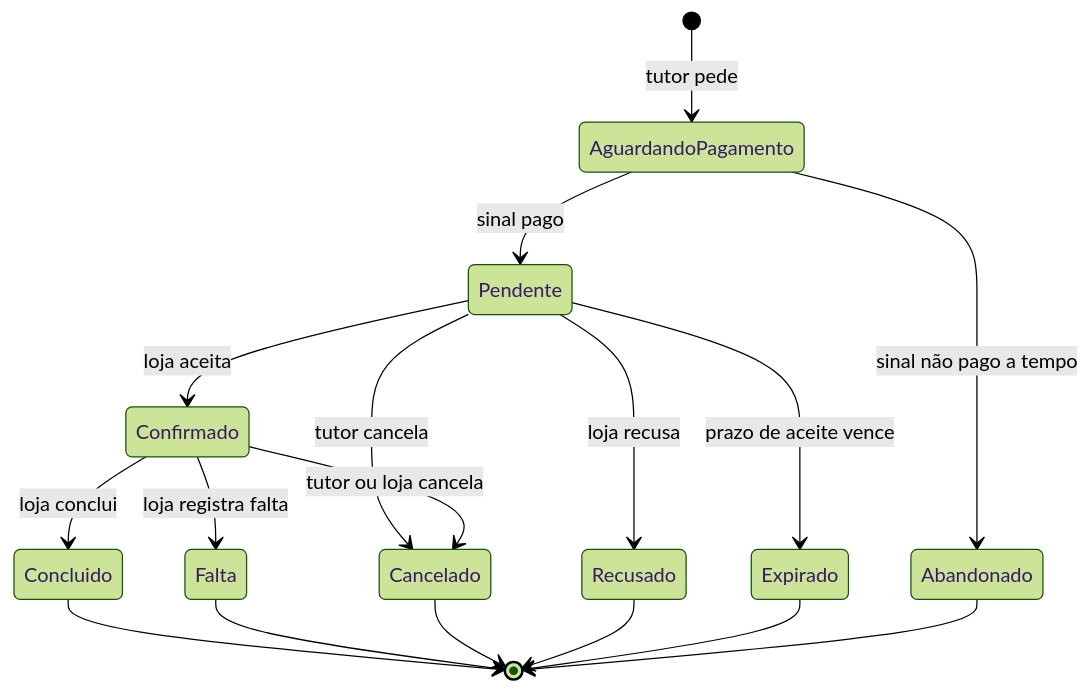
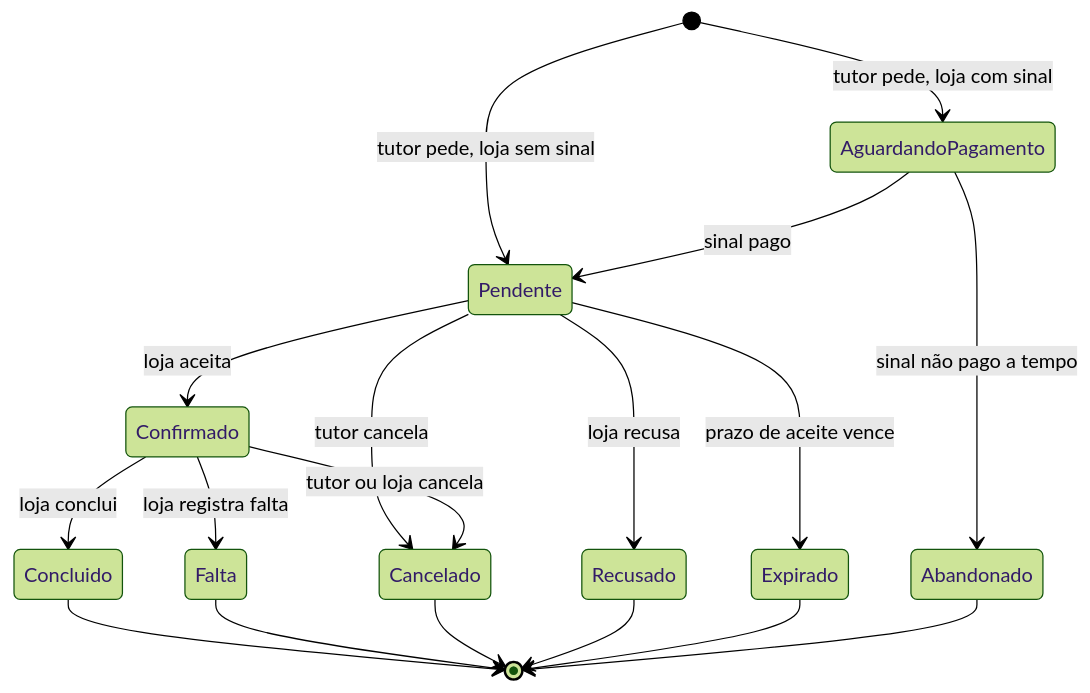
One commit to GabrielVogado/pet-shop changed the first of 8 diagrams in Documentos/02-arquitetura-tecnica/Diagramas-de-Engenharia-v2.0.md. Above: the diagram before and after it, drawn with Mermaid (forest theme). The commit also changed other lines of this file and 6 other files, not shown here.

Commit message:
docs: sinal e multa definidos pela loja (RN-56 a RN-58)

````diff
--- a/Documentos/02-arquitetura-tecnica/Diagramas-de-Engenharia-v2.0.md
+++ b/Documentos/02-arquitetura-tecnica/Diagramas-de-Engenharia-v2.0.md
@@ -11,19 +11,20 @@
 ```mermaid
 stateDiagram-v2
-  [*] --> AguardandoPagamento: tutor pede
+  [*] --> AguardandoPagamento: tutor pede, loja com sinal
+  [*] --> Pendente: tutor pede, loja sem sinal
   AguardandoPagamento --> Pendente: sinal pago
   AguardandoPagamento --> Abandonado: sinal não pago a tempo
   Pendente --> Confirmado: loja aceita
   Pendente --> Recusado: loja recusa
   Pendente --> Expirado: prazo de aceite vence
   Pendente --> Cancelado: tutor cancela
   Confirmado --> Concluido: loja conclui
   Confirmado --> Falta: loja registra falta
   Confirmado --> Cancelado: tutor ou loja cancela
   Concluido --> [*]
   Falta --> [*]
   Cancelado --> [*]
   Recusado --> [*]
   Expirado --> [*]
   Abandonado --> [*]
 ```
````
